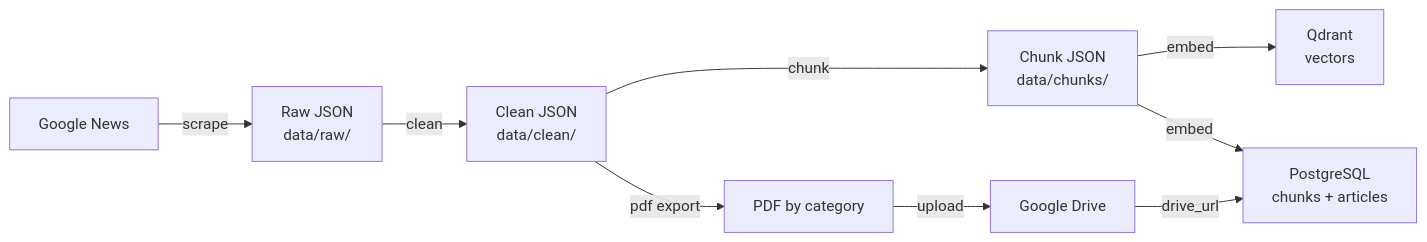
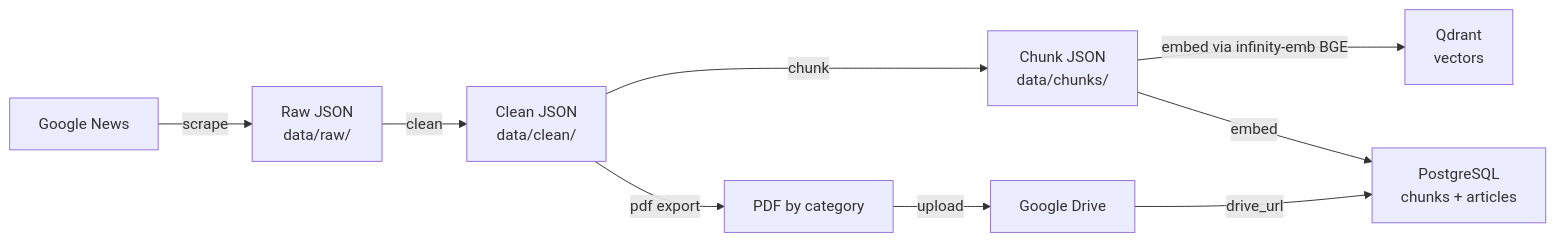
One commit to Adhikaxx88/paper-data- changed the first of 2 diagrams in news-rag/docs/architecture.md. Above: the diagram before and after it, drawn with Mermaid. The commit also changed other lines of this file and 15 other files, not shown here.

````diff
--- a/news-rag/docs/architecture.md
+++ b/news-rag/docs/architecture.md
@@ -9,11 +9,11 @@
 ```mermaid
 flowchart LR
     A[Google News] -->|scrape| B[Raw JSON<br/>data/raw/]
     B -->|clean| C[Clean JSON<br/>data/clean/]
     C -->|chunk| D[Chunk JSON<br/>data/chunks/]
-    D -->|embed| E[Qdrant<br/>vectors]
+    D -->|embed via infinity-emb BGE| E[Qdrant<br/>vectors]
     D -->|embed| F[PostgreSQL<br/>chunks + articles]
     C -->|pdf export| G[PDF by category]
     G -->|upload| H[Google Drive]
     H -->|drive_url| F
 ```
````
